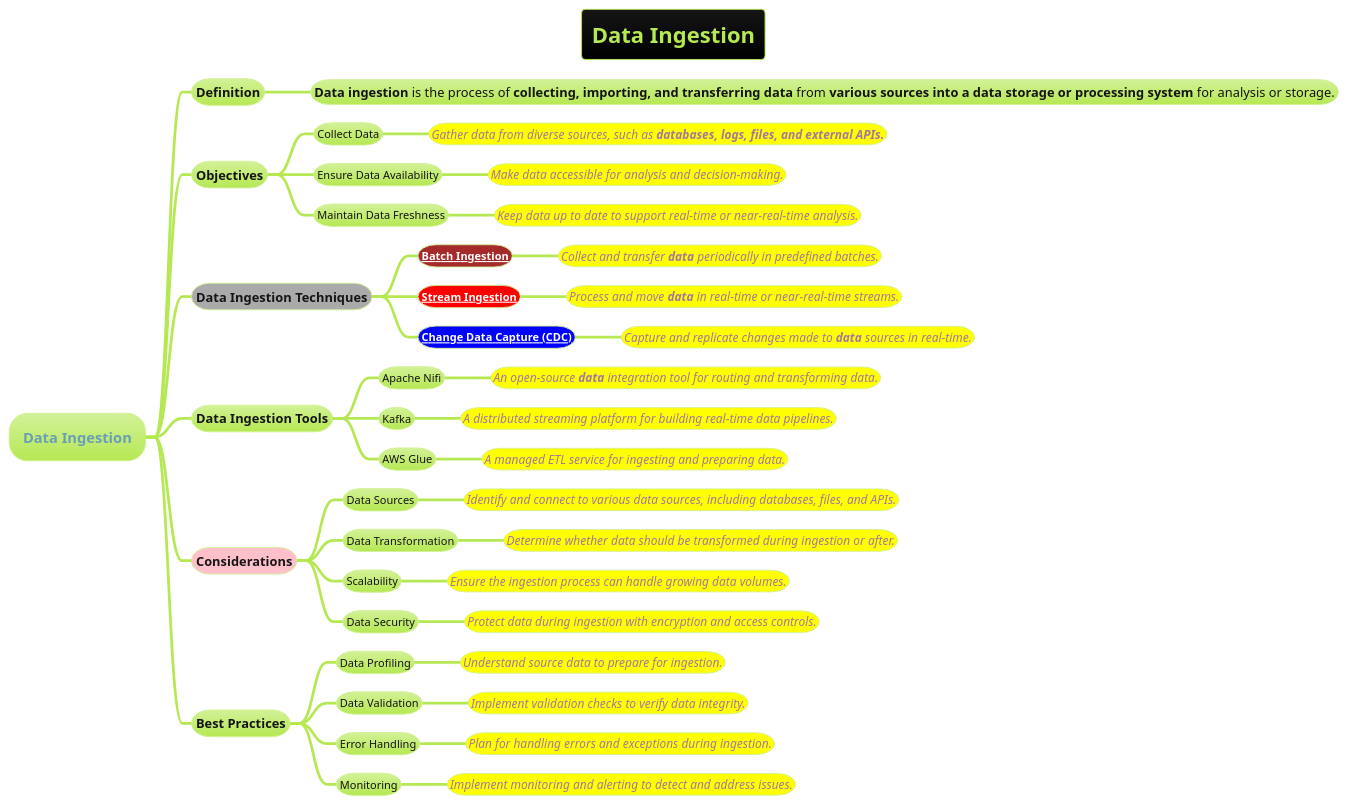
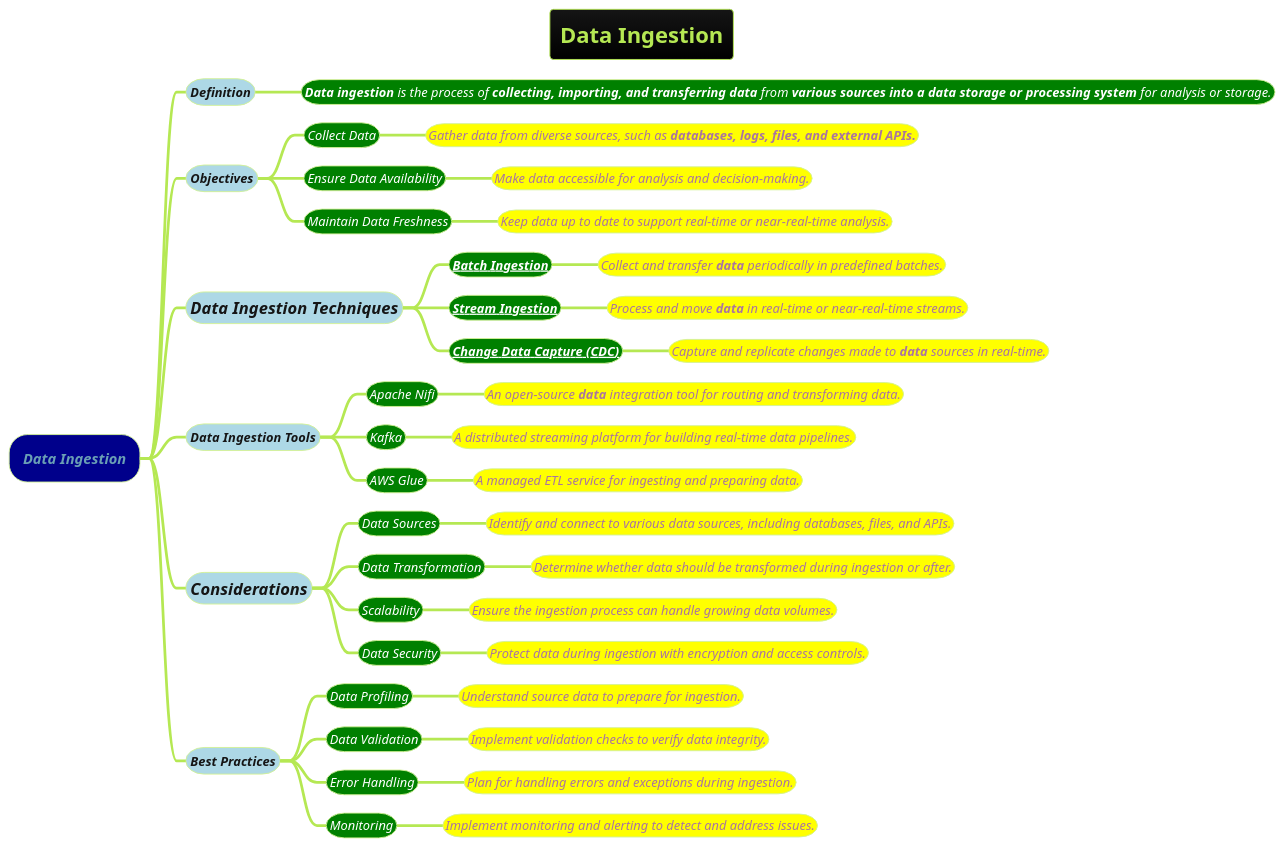
One commit to MehmoodHashmi/Documentation-as-Code-DaC changed the diagram in docs/AI-ML- DL-Data-Science-and-BigData/data-science/data-engineering/data-pipeline/Data-Ingestion.puml. Above: the diagram before and after it, drawn with PlantUML. The commit also changed 5 other files, not shown here.

```diff
--- a/docs/AI-ML- DL-Data-Science-and-BigData/data-science/data-engineering/data-pipeline/Data-Ingestion.puml
+++ b/docs/AI-ML- DL-Data-Science-and-BigData/data-science/data-engineering/data-pipeline/Data-Ingestion.puml
@@ -1,54 +1,54 @@
 @startmindmap
 title =Data Ingestion
 !theme hacker
 
-* Data Ingestion
-** Definition
-*** <size:14>**Data ingestion** is the process of **collecting, importing, and transferring data** from **various sources into a data storage or processing system** for analysis or storage.
+*[#darkblue] ====Data Ingestion
+**[#lightblue] ====<size:14>Definition
+***[#green] ====<size:14><color #white>**Data ingestion** is the process of **collecting, importing, and transferring data** from **various sources into a data storage or processing system** for analysis or storage.
 
-** Objectives
-*** Collect Data
-****[#yellow] ====<size:13>Gather data from diverse sources, such as **databases, logs, files, and external APIs.**
-*** Ensure Data Availability
-****[#yellow] ====<size:13>Make data accessible for analysis and decision-making.
-*** Maintain Data Freshness
-****[#yellow] ====<size:13>Keep data up to date to support real-time or near-real-time analysis.
+**[#lightblue] ====<size:14>Objectives
+***[#green] ====<size:14><color #white>Collect Data
+****[#yellow] ====<size:14>Gather data from diverse sources, such as **databases, logs, files, and external APIs.**
+***[#green] ====<size:14><color #white>Ensure Data Availability
+****[#yellow] ====<size:14>Make data accessible for analysis and decision-making.
+***[#green] ====<size:14><color #white>Maintain Data Freshness
+****[#yellow] ====<size:14>Keep data up to date to support real-time or near-real-time analysis.
 
-**[#a] Data Ingestion Techniques
-***[#brown] **[[Batch-Ingestion.puml Batch Ingestion]]**
-****[#yellow] ====<size:13>Collect and transfer **data** periodically in predefined batches.
-***[#red] **[[Stream-Ingestion.puml Stream Ingestion]]**
-****[#yellow] ====<size:13>Process and move **data** in real-time or near-real-time streams.
-***[#blue] **[[Change-Data-Capture-(CDC).puml Change Data Capture (CDC)]]**
-****[#yellow] ====<size:13>Capture and replicate changes made to **data** sources in real-time.
+**[#lightblue] ====<size:18>Data Ingestion Techniques
+***[#green] ====<size:14>**[[Batch-Ingestion.puml Batch Ingestion]]**
+****[#yellow] ====<size:14>Collect and transfer **data** periodically in predefined batches.
+***[#green] ====<size:14>**[[Stream-Ingestion.puml Stream Ingestion]]**
+****[#yellow] ====<size:14>Process and move **data** in real-time or near-real-time streams.
+***[#green] ====<size:14>**[[Change-Data-Capture-(CDC).puml Change Data Capture (CDC)]]**
+****[#yellow] ====<size:14>Capture and replicate changes made to **data** sources in real-time.
 
-** Data Ingestion Tools
-*** Apache Nifi
-****[#yellow] ====<size:13>An open-source **data** integration tool for routing and transforming data.
-*** Kafka
-****[#yellow] ====<size:13>A distributed streaming platform for building real-time data pipelines.
-*** AWS Glue
-****[#yellow] ====<size:13>A managed ETL service for ingesting and preparing data.
+**[#lightblue] ====<size:14>Data Ingestion Tools
+***[#green] ====<size:14><color #white>Apache Nifi
+****[#yellow] ====<size:14>An open-source **data** integration tool for routing and transforming data.
+***[#green] ====<size:14><color #white>Kafka
+****[#yellow] ====<size:14>A distributed streaming platform for building real-time data pipelines.
+***[#green] ====<size:14><color #white>AWS Glue
+****[#yellow] ====<size:14>A managed ETL service for ingesting and preparing data.
 
-**[#pink] Considerations
-*** Data Sources
-****[#yellow] ====<size:13>Identify and connect to various data sources, including databases, files, and APIs.
-*** Data Transformation
-****[#yellow] ====<size:13>Determine whether data should be transformed during ingestion or after.
-*** Scalability
-****[#yellow] ====<size:13>Ensure the ingestion process can handle growing data volumes.
+**[#lightblue] ====<size:18>Considerations
+***[#green] ====<size:14><color #white>Data Sources
+****[#yellow] ====<size:14>Identify and connect to various data sources, including databases, files, and APIs.
+***[#green] ====<size:14><color #white>Data Transformation
+****[#yellow] ====<size:14>Determine whether data should be transformed during ingestion or after.
+***[#green] ====<size:14><color #white>Scalability
+****[#yellow] ====<size:14>Ensure the ingestion process can handle growing data volumes.
 
-*** Data Security
-****[#yellow] ====<size:13>Protect data during ingestion with encryption and access controls.
+***[#green] ====<size:14><color #white>Data Security
+****[#yellow] ====<size:14>Protect data during ingestion with encryption and access controls.
 
-** Best Practices
-*** Data Profiling
-****[#yellow] ====<size:13>Understand source data to prepare for ingestion.
-*** Data Validation
-****[#yellow] ====<size:13>Implement validation checks to verify data integrity.
-*** Error Handling
-****[#yellow] ====<size:13>Plan for handling errors and exceptions during ingestion.
-*** Monitoring
-****[#yellow] ====<size:13>Implement monitoring and alerting to detect and address issues.
+**[#lightblue] ====<size:14>Best Practices
+***[#green] ====<size:14><color #white>Data Profiling
+****[#yellow] ====<size:14>Understand source data to prepare for ingestion.
+***[#green] ====<size:14><color #white>Data Validation
+****[#yellow] ====<size:14>Implement validation checks to verify data integrity.
+***[#green] ====<size:14><color #white>Error Handling
+****[#yellow] ====<size:14>Plan for handling errors and exceptions during ingestion.
+***[#green] ====<size:14><color #white>Monitoring
+****[#yellow] ====<size:14>Implement monitoring and alerting to detect and address issues.
 
 @endmindmap
```
